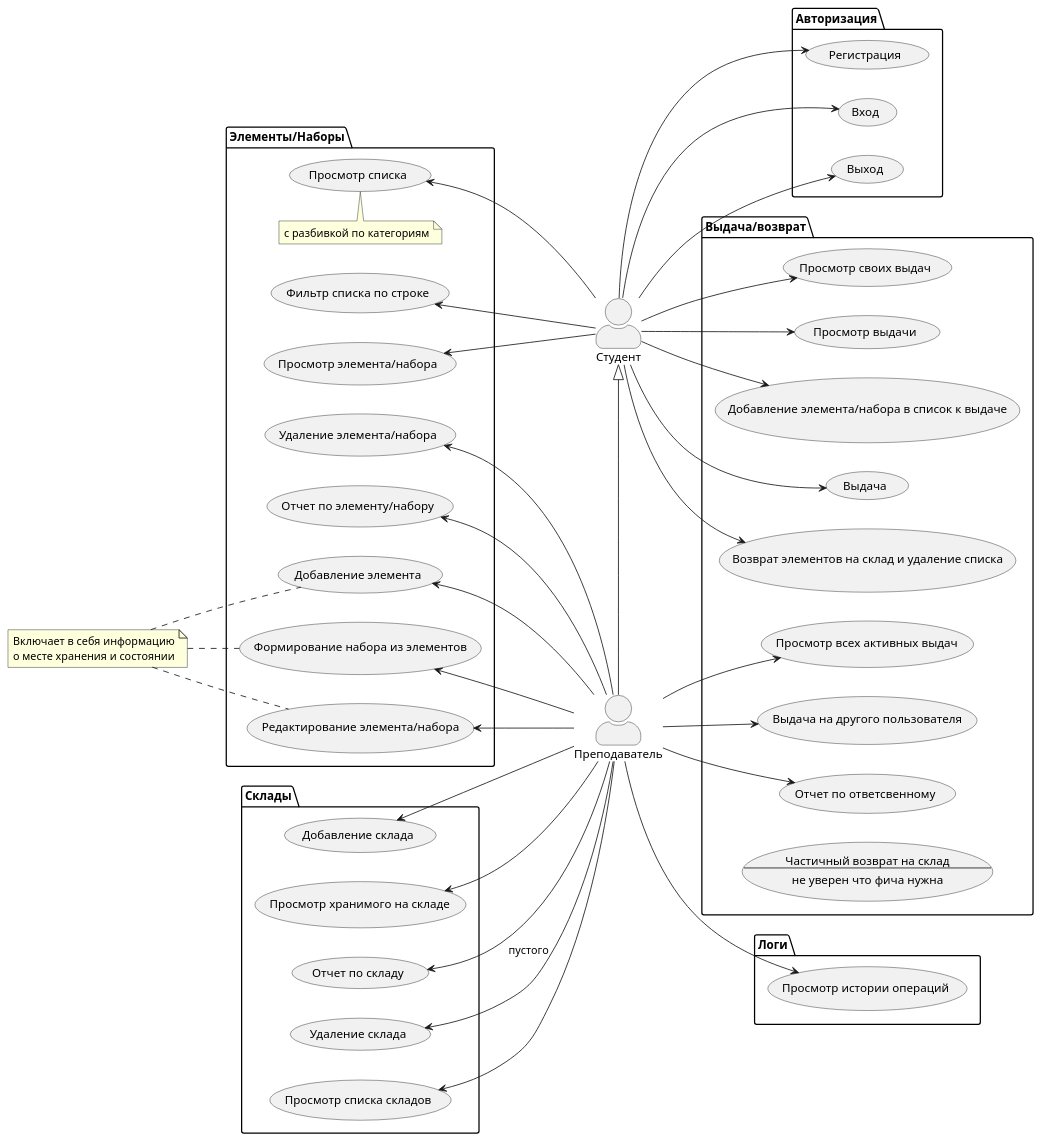
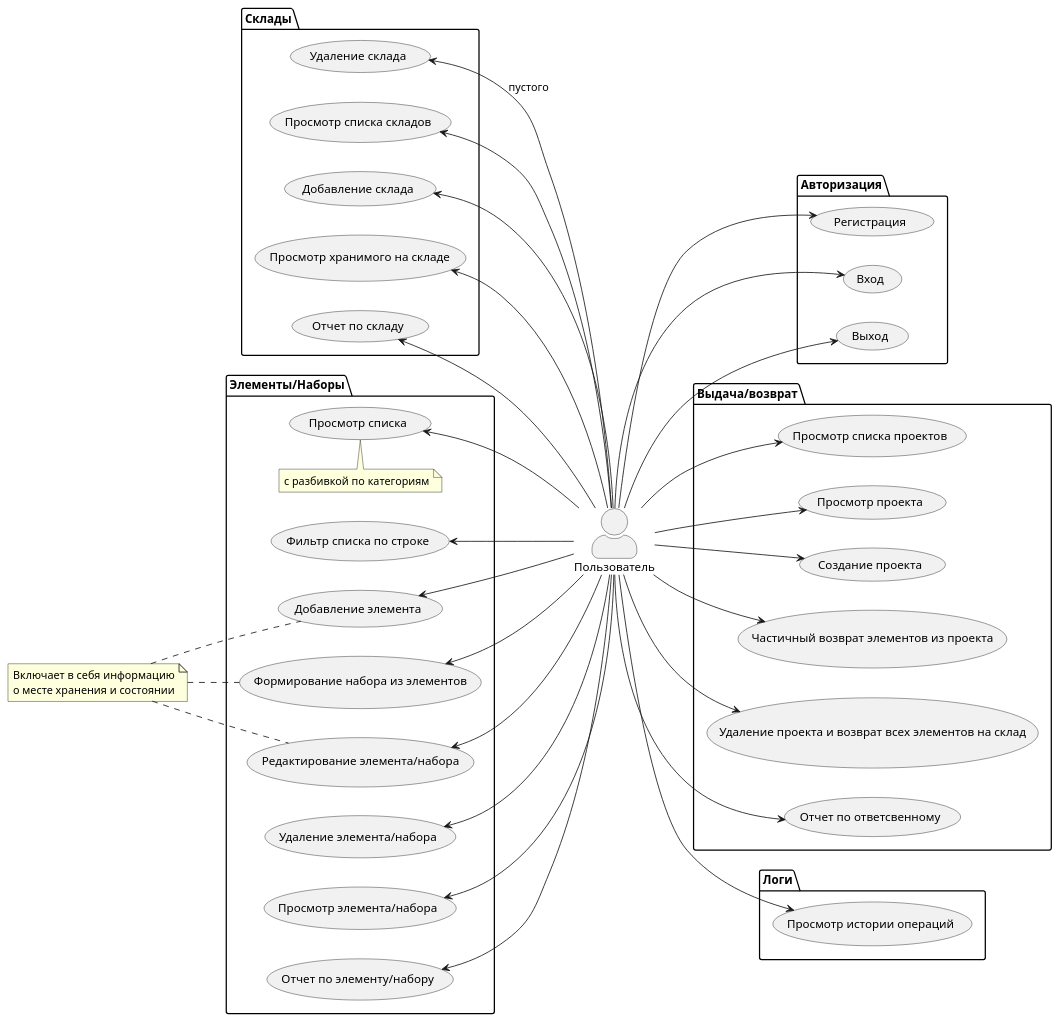
Before and after one commit to ShiraseAkira/docs_RoboStorage: the diagram in Diagrams/UseCase/UseCase.puml, drawn with PlantUML. The commit also changed 4 other files, not shown here.

```diff
--- a/Diagrams/UseCase/UseCase.puml
+++ b/Diagrams/UseCase/UseCase.puml
@@ -1,92 +1,81 @@
 @startuml UseCase
 
 skinparam actorStyle awesome
 left to right direction
 
-:Студент: as S
-:Преподаватель: as P
-S <|- P
+:Пользователь: as P
 
 package Авторизация {
     (Регистрация) as Register
     (Вход) as LogIn
     (Выход) as LogOut
 }
 
 package Склады {
     (Просмотр списка складов) as StorageList
     (Добавление склада) as CreateStorege
     (Удаление склада) as DeleteStorage
     (Просмотр хранимого на складе) as StorageContent
     (Отчет по складу) as StorageReport
 }
 
 package Элементы/Наборы {
     (Просмотр списка) as ElementList
     note top of ElementList : с разбивкой по категориям
     (Фильтр списка по строке) as ElementListFilter
     (Добавление элемента) as CreateElement
     (Формирование набора из элементов) as FormPack
     (Редактирование элемента/набора) as EditElement
     (Удаление элемента/набора) as DeleteElement
     (Просмотр элемента/набора) as CheckElement
     (Отчет по элементу/набору) as ElementReport
 }
 
 note "Включает в себя информацию\nо месте хранения и состоянии" as N1
 
 N1 .. EditElement
 N1 .. CreateElement
 N1 .. FormPack
 
 package Выдача/возврат {
-    (Просмотр своих выдач) as DeliveryList
-    (Просмотр всех активных выдач) as AllDeliveryList
-    (Просмотр выдачи) as DeliveryCheck
-    (Добавление элемента/набора в список к выдаче) as AddToDeliveryList
-    (Выдача) as Delivery
-    (Возврат элементов на склад и удаление списка) as ReturnDeliveryToStorage
-    (Выдача на другого пользователя) as DeliveryTo
+    (Просмотр списка проектов) as DeliveryList
+    (Просмотр проекта) as DeliveryCheck
+    (Создание проекта) as CreateDelivery
+    (Частичный возврат элементов из проекта)  as PartialReturn
+    (Удаление проекта и возврат всех элементов на склад) as ReturnDeliveryToStorage
     (Отчет по ответсвенному) as LiableReport
-    usecase PartialReturn as "Частичный возврат на склад
-    --
-    не уверен что фича нужна"
 }
 
 package Логи {
     (Просмотр истории операций) as CheckLog
 }
 
-S --> Register
-S --> LogIn
-S --> LogOut
-' StorageList <-- S
-' StorageContent <-- S
-CheckElement <-- S
-ElementList <-- S
-ElementListFilter <-- S
-S --> DeliveryList
-S --> DeliveryCheck
-S --> AddToDeliveryList
-S --> Delivery
-S --> ReturnDeliveryToStorage
+P --> Register
+P --> LogIn
+P --> LogOut
 
-' P --> Register
-' P --> LogIn
-' P --> LogOut
+P --> DeliveryList
+P --> DeliveryCheck
+P --> CreateDelivery
+P --> PartialReturn
+P --> ReturnDeliveryToStorage
+P --> LiableReport
+
 StorageList <-- P
 StorageContent <-- P
 CreateStorege <-- P
 DeleteStorage <- P : пустого
 StorageReport <-- P
+
+CheckElement <-- P
+ElementList <-- P
+ElementListFilter <-- P
 CreateElement <-- P
 EditElement <-- P
 DeleteElement <-- P
 ElementReport <-- P
-P --> FormPack
-P --> AllDeliveryList
-P --> DeliveryTo
-P --> LiableReport
+FormPack <-- P
+
 P --> CheckLog
 
 @enduml
```
